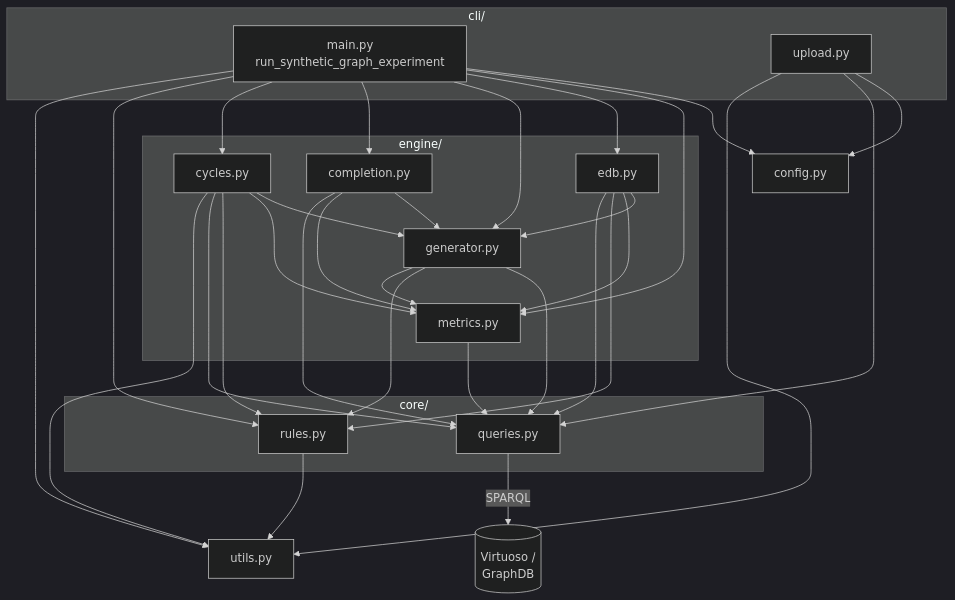
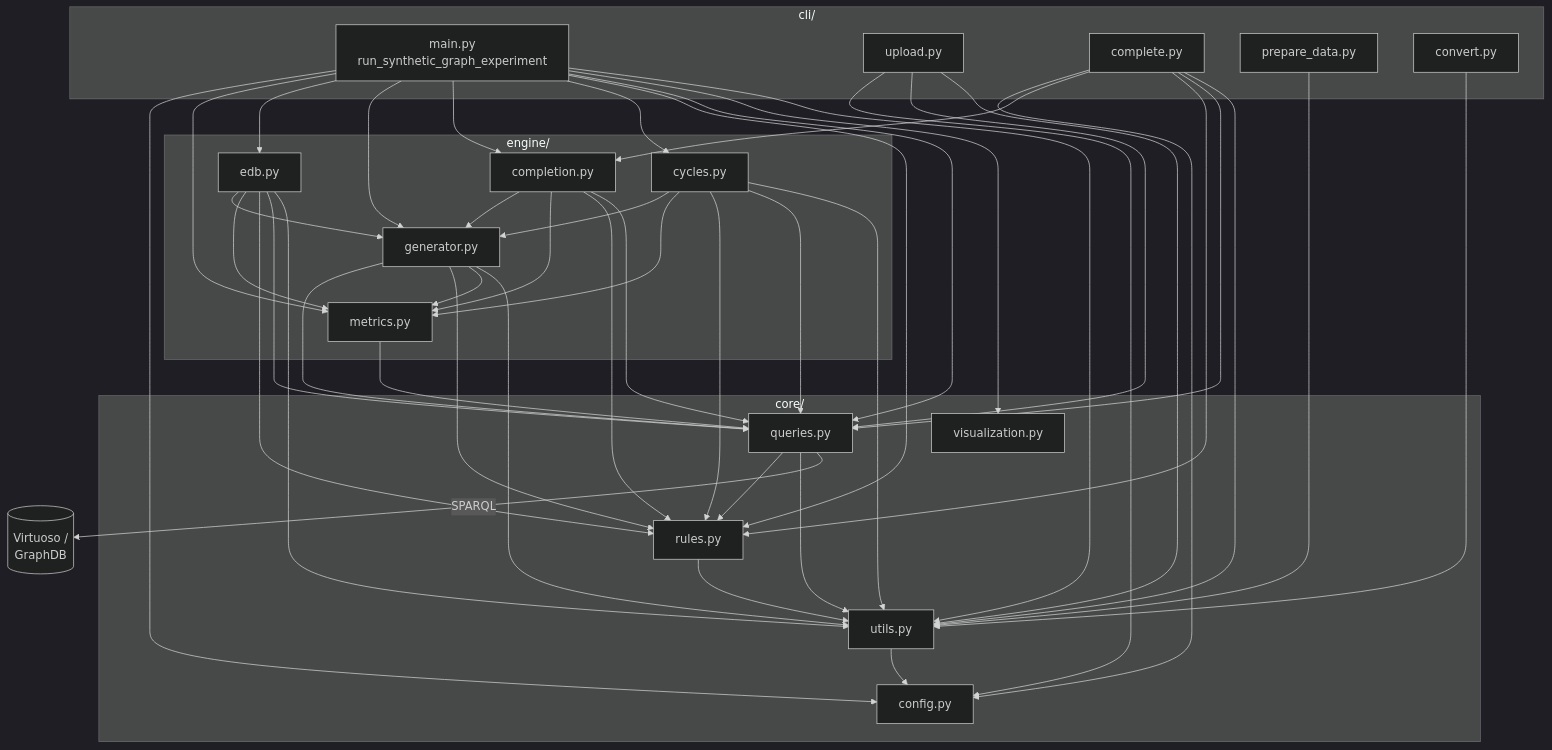
The second of 2 diagrams in docs/architecture.md (DavidGomez00/synthetic-knowledge-graph-generator), drawn with Mermaid (dark theme) before and after one commit. The commit also changed other lines of this file and 5 other files, not shown here.

````diff
--- a/docs/architecture.md
+++ b/docs/architecture.md
@@ -40,36 +39,44 @@
 ```mermaid
 flowchart TD
     subgraph cli ["cli/"]
         MAIN["main.py<br/>run_synthetic_graph_experiment"]
         UPLOAD["upload.py"]
+        COMPLETE["complete.py"]
+        PREPARE["prepare_data.py"]
+        CONVERT["convert.py"]
     end
 
     subgraph engine ["engine/"]
         METRICS["metrics.py"]
         EDB["edb.py"]
         GEN["generator.py"]
         COMPLETION["completion.py"]
         CYCLES["cycles.py"]
     end
 
     subgraph core ["core/"]
         RULES["rules.py"]
         QUERIES["queries.py"]
+        VIS["visualization.py"]
+        CONFIG["config.py"]
+        UTILS["utils.py"]
     end
 
-    CONFIG["config.py"]
-    UTILS["utils.py"]
     DB[("Virtuoso /<br/>GraphDB")]
 
-    MAIN --> CONFIG & METRICS & EDB & GEN & COMPLETION & CYCLES & RULES & UTILS
+    MAIN --> CONFIG & METRICS & EDB & GEN & COMPLETION & CYCLES & RULES & QUERIES & VIS & UTILS
     UPLOAD --> CONFIG & QUERIES & UTILS
+    COMPLETE --> CONFIG & COMPLETION & RULES & QUERIES & UTILS
+    PREPARE & CONVERT --> UTILS
 
-    EDB --> GEN & METRICS & RULES & QUERIES
-    COMPLETION --> GEN & METRICS & QUERIES
+    EDB --> GEN & METRICS & RULES & QUERIES & UTILS
+    COMPLETION --> GEN & METRICS & RULES & QUERIES
     CYCLES --> GEN & METRICS & RULES & QUERIES & UTILS
-    GEN --> QUERIES & RULES & METRICS
+    GEN --> QUERIES & RULES & METRICS & UTILS
     METRICS --> QUERIES
+    QUERIES --> RULES & UTILS
     RULES --> UTILS
+    UTILS --> CONFIG
 
     QUERIES -->|SPARQL| DB
 ```
````
